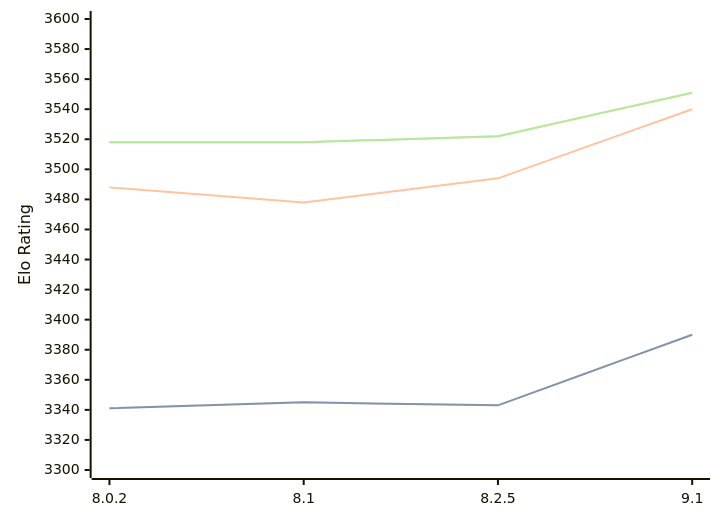
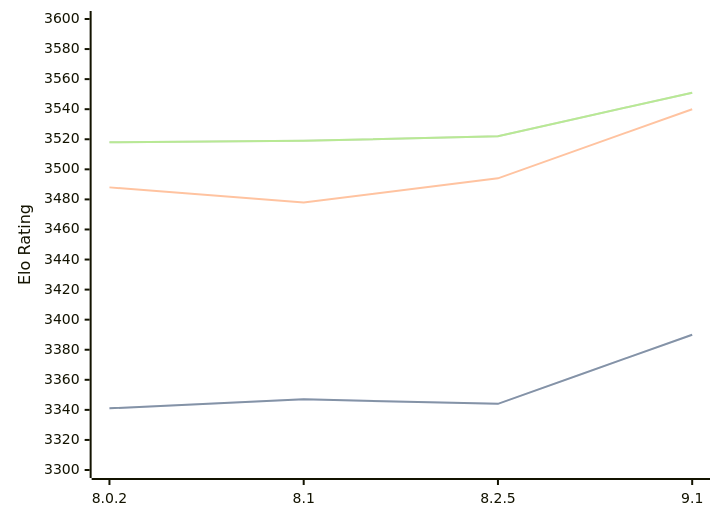
One commit to computer-chess-index/cci changed the diagram in engines/Clover.md. Above: the diagram before and after it, drawn with Mermaid. The commit also changed other lines of this file, not shown here.

Commit message:
Update CCI Ratings (ELO VLTC) - 2026-09-09

````diff
--- a/engines/Clover.md
+++ b/engines/Clover.md
@@ -35,11 +35,11 @@
 ```mermaid
 %%{init: {"theme":"base","themeVariables":{"seriesColors:['#a3a3a3','#222221','#faa371']}}}%%
 xychart-beta
   x-axis ["8.0.2", "8.1", "8.2.5", "9.1"]
   y-axis "Elo Rating" 3300 --> 3600
-  line "" [3341, 3345, 3343, 3390]
-  line "STC (8.0+0.08s)" [3341, 3345, 3343, 3390]
+  line "" [3341, 3347, 3344, 3390]
+  line "STC (8.0+0.08s)" [3341, 3347, 3344, 3390]
   line "LTC (60.0+0.60s)" [3488, 3478, 3494, 3540]
-  line "" [3518, 3518, 3522, 3551]
-  line "VLTC (2m24s+1.12s)" [3518, 3518, 3522, 3551]
+  line "" [3518, 3519, 3522, 3551]
+  line "VLTC (2m24s+1.12s)" [3518, 3519, 3522, 3551]
 ```
````
